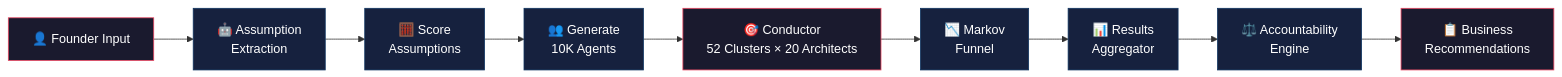
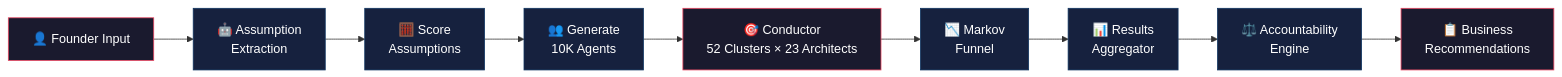
Before and after one commit to sahajpatel123/Simulation: the diagram in README.md, drawn with Mermaid. The commit also changed other lines of this file and 9 other files, not shown here.

First line of the commit message:
Added RegulatoryComplianceArchitect: a new domain architect modeling privacy/certification/refund...

````diff
--- a/README.md
+++ b/README.md
@@ -29,21 +29,21 @@
 ```mermaid
 flowchart LR
     F[👤 Founder Input] --> A[🤖 Assumption<br>Extraction]
     A --> S[🧮 Score<br>Assumptions]
     S --> G[👥 Generate<br>10K Agents]
-    G --> C[🎯 Conductor<br>52 Clusters × 20 Architects]
+    G --> C[🎯 Conductor<br>52 Clusters × 23 Architects]
     C --> M[📉 Markov<br>Funnel]
     M --> R[📊 Results<br>Aggregator]
     R --> E[⚖️ Accountability<br>Engine]
     E --> O[📋 Business<br>Recommendations]
 
     style F fill:#1a1a2e,stroke:#e94560,color:#fff
     style A fill:#16213e,stroke:#0f3460,color:#fff
     style S fill:#16213e,stroke:#0f3460,color:#fff
     style G fill:#16213e,stroke:#0f3460,color:#fff
     style C fill:#1a1a2e,stroke:#e94560,color:#fff
     style M fill:#16213e,stroke:#0f3460,color:#fff
     style R fill:#16213e,stroke:#0f3460,color:#fff
     style E fill:#16213e,stroke:#0f3460,color:#fff
     style O fill:#1a1a2e,stroke:#e94560,color:#fff
 ```
````
